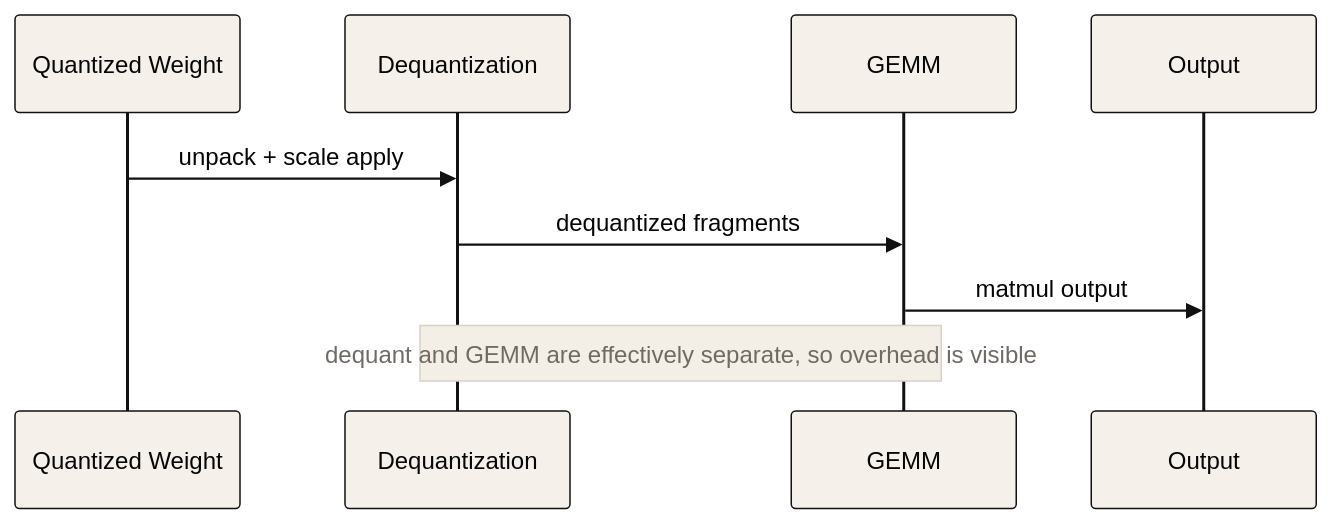
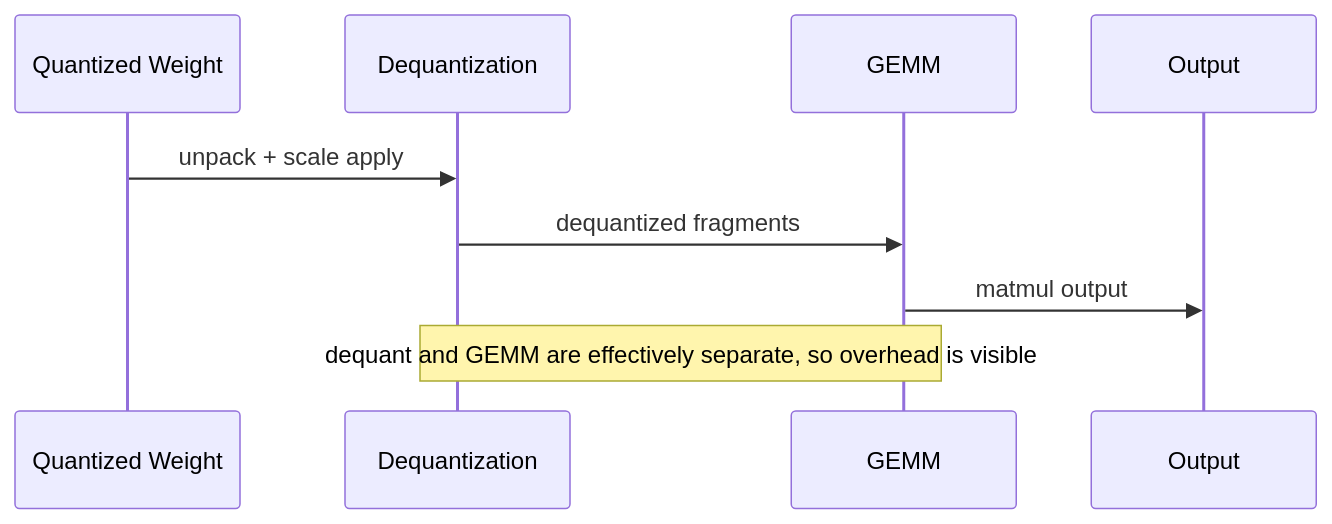
The third of 4 diagrams in efficient-llm-inference-systems/week04/README.md (ziwon/ai-data-center-network), drawn with Mermaid before and after one commit. The commit also changed other lines of this file and 3 other files, not shown here.

Commit message:
docs: update wiki domain and mermaid guidance

````diff
--- a/efficient-llm-inference-systems/week04/README.md
+++ b/efficient-llm-inference-systems/week04/README.md
@@ -684,14 +682,13 @@
 ```mermaid
-%%{init: {"theme": "base", "themeCSS": "svg { background: #FFFFFF; }", "themeVariables": {"background": "#FFFFFF", "actorBkg": "#F5F1EA", "actorBorder": "#111111", "actorTextColor": "#050505", "signalColor": "#111111", "signalTextColor": "#050505", "noteBkgColor": "#F3EFE7", "noteBorderColor": "#D8D1C7", "noteTextColor": "#6F6A63", "activationBkgColor": "#F5F1EA", "activationBorderColor": "#D9392E", "labelBoxBkgColor": "#F5F1EA", "labelBoxBorderColor": "#D8D1C7", "sequenceNumberColor": "#6F6A63"}}}%%
 sequenceDiagram
     participant W as Quantized Weight
     participant D as Dequantization
     participant G as GEMM
     participant O as Output
 
     W->>D: unpack + scale apply
     D->>G: dequantized fragments
     G->>O: matmul output
 
     Note over D,G: dequant and GEMM are effectively separate, so overhead is visible
 ```
````
